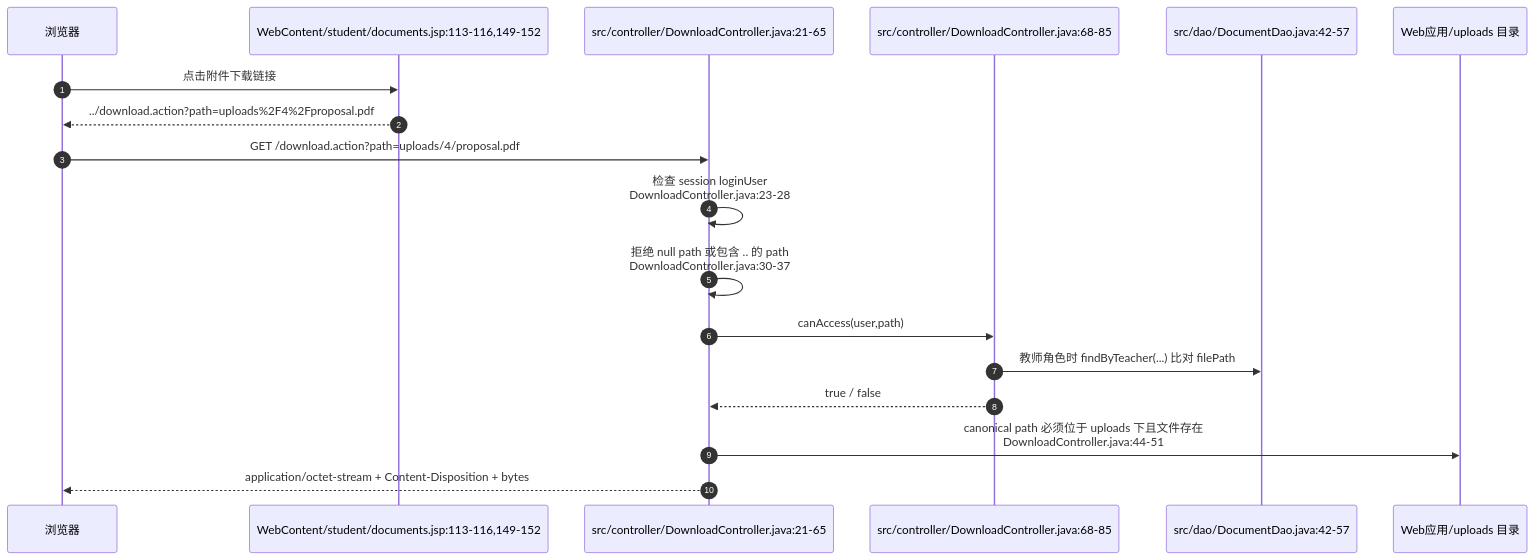
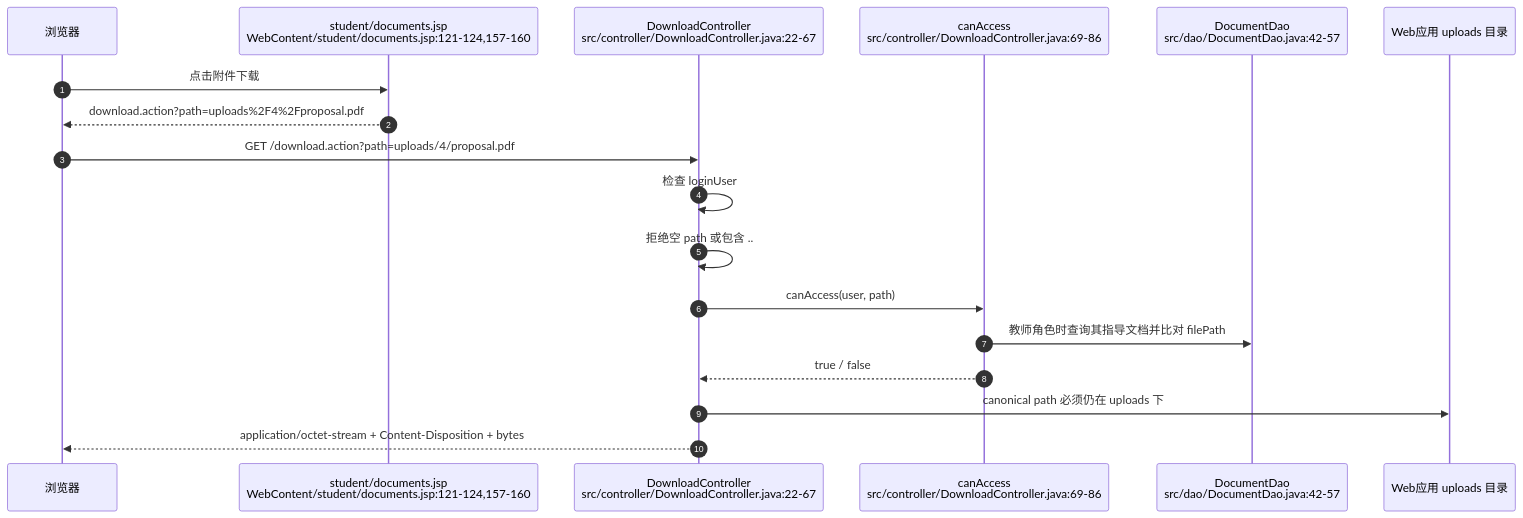
One commit to guangxiangdebizi/graduation-design-management-system changed the sixth of 11 diagrams in docs/网络数据流详解/parts/03-document-upload-download.md. Above: the diagram before and after it, drawn with Mermaid. The commit also changed other lines of this file and 8 other files, not shown here.

First line of the commit message:
refactor project documentation and enhance network data flow details

````diff
--- a/docs/网络数据流详解/parts/03-document-upload-download.md
+++ b/docs/网络数据流详解/parts/03-document-upload-download.md
@@ -429,21 +289,21 @@
 ```mermaid
 sequenceDiagram
     autonumber
     participant B as 浏览器
-    participant JSP as WebContent/student/documents.jsp:113-116,149-152
-    participant C as src/controller/DownloadController.java:21-65
-    participant ACL as src/controller/DownloadController.java:68-85
-    participant DAO as src/dao/DocumentDao.java:42-57
-    participant FS as Web应用/uploads 目录
+    participant JSP as student/documents.jsp<br/>WebContent/student/documents.jsp:121-124,157-160
+    participant C as DownloadController<br/>src/controller/DownloadController.java:22-67
+    participant ACL as canAccess<br/>src/controller/DownloadController.java:69-86
+    participant DAO as DocumentDao<br/>src/dao/DocumentDao.java:42-57
+    participant FS as Web应用 uploads 目录
 
-    B->>JSP: 点击附件下载链接
-    JSP-->>B: ../download.action?path=uploads%2F4%2Fproposal.pdf
+    B->>JSP: 点击附件下载
+    JSP-->>B: download.action?path=uploads%2F4%2Fproposal.pdf
     B->>C: GET /download.action?path=uploads/4/proposal.pdf
-    C->>C: 检查 session loginUser<br/>DownloadController.java:23-28
-    C->>C: 拒绝 null path 或包含 .. 的 path<br/>DownloadController.java:30-37
-    C->>ACL: canAccess(user,path)
-    ACL->>DAO: 教师角色时 findByTeacher(...) 比对 filePath
+    C->>C: 检查 loginUser
+    C->>C: 拒绝空 path 或包含 ..
+    C->>ACL: canAccess(user, path)
+    ACL->>DAO: 教师角色时查询其指导文档并比对 filePath
     ACL-->>C: true / false
-    C->>FS: canonical path 必须位于 uploads 下且文件存在<br/>DownloadController.java:44-51
+    C->>FS: canonical path 必须仍在 uploads 下
     C-->>B: application/octet-stream + Content-Disposition + bytes
 ```
````
